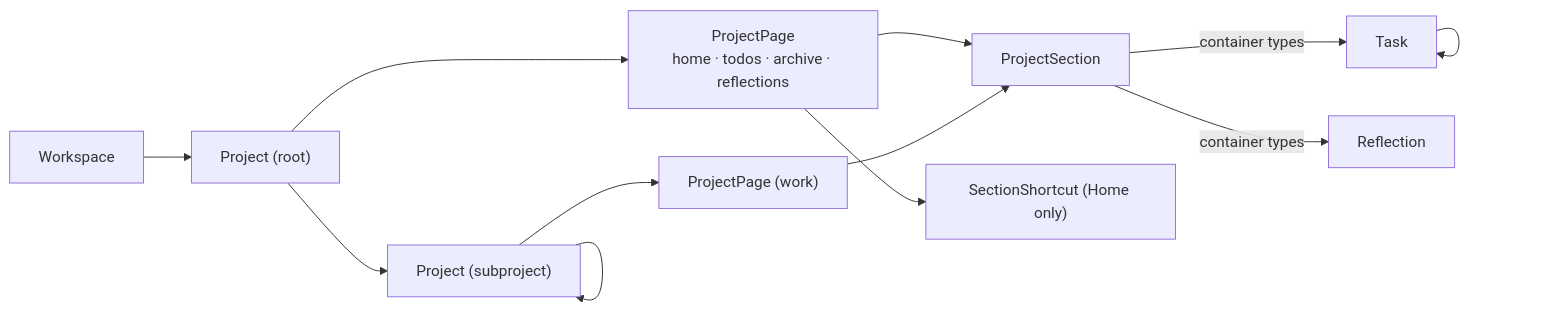
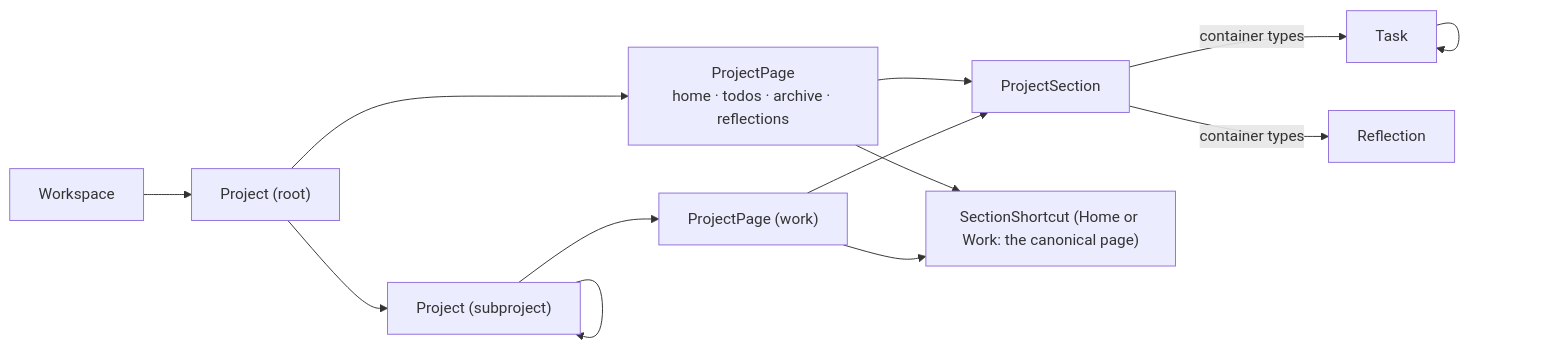
One commit to CalciteDragon/Canvas-work-manager-prototype changed the second of 2 diagrams in docs/architecture/contracts/what.md. Above: the diagram before and after it, drawn with Mermaid. The commit also changed 24 other files, not shown here.

Commit message:
docs(slice65): Work canvas shortcut destinations — decision, amendments, spec §26 §27 §30–32 §54 §62, guides, architecture (§77 §78)

````diff
--- a/docs/architecture/contracts/what.md
+++ b/docs/architecture/contracts/what.md
@@ -59,14 +59,15 @@
 ```mermaid
 flowchart LR
   W[Workspace] --> R["Project (root)"]
   R --> S["Project (subproject)"]
   S --> S
   R --> P["ProjectPage<br/>home · todos · archive · reflections"]
   S --> PW["ProjectPage (work)"]
   P --> Sec[ProjectSection]
   PW --> Sec
-  P --> SC["SectionShortcut (Home only)"]
+  P --> SC["SectionShortcut (Home or Work: the canonical page)"]
+  PW --> SC
   Sec -- "container types" --> T[Task]
   Sec -- "container types" --> Rf[Reflection]
   T --> T
 ```
````
